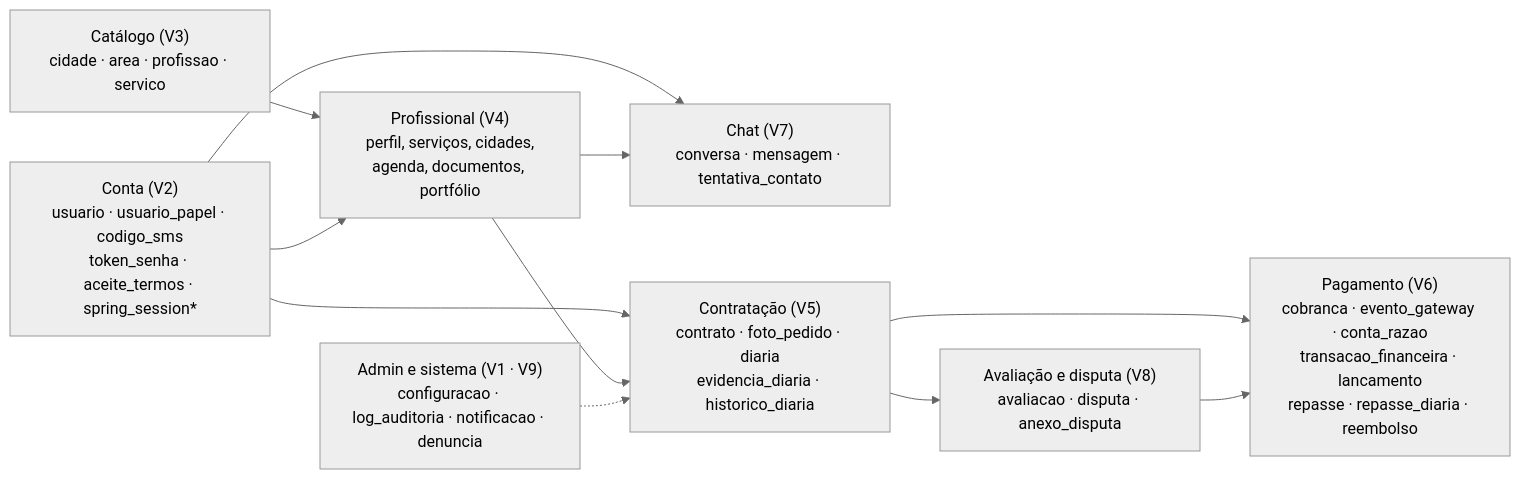
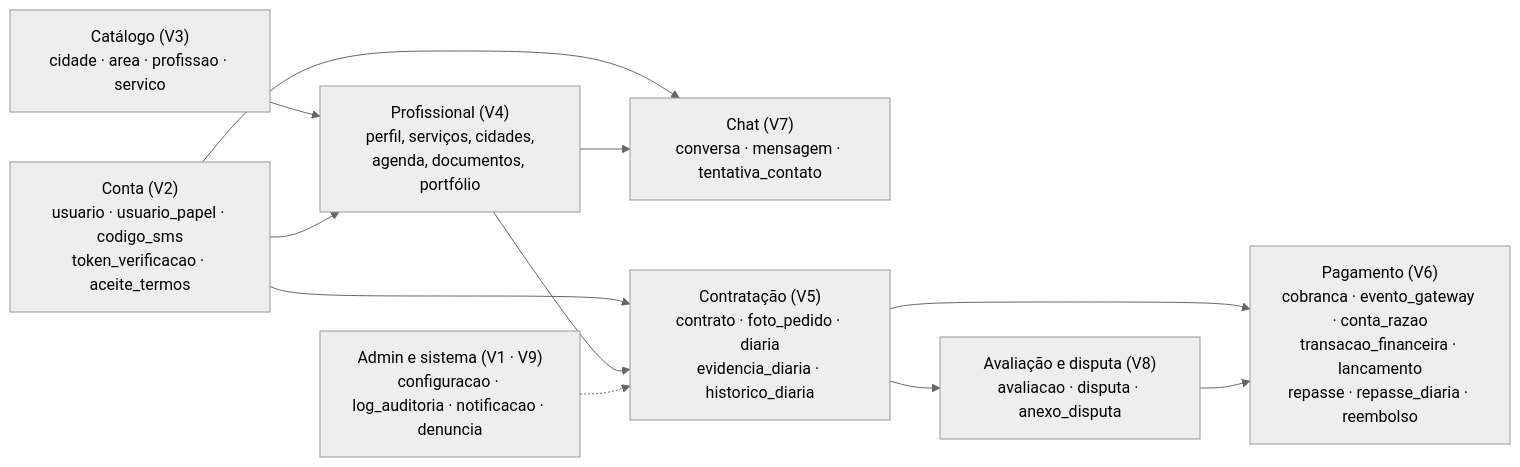
Before and after one commit to lucascoelholhc/coerservicos: the first of 2 diagrams in docs/mapa-banco.md, drawn with Mermaid (neutral theme). The commit also changed other lines of this file and 4 other files, not shown here.

````diff
--- a/docs/mapa-banco.md
+++ b/docs/mapa-banco.md
@@ -13,14 +13,14 @@
 ```mermaid
 flowchart LR
   CAT["Catálogo (V3)<br/>cidade · area · profissao · servico"] --> PRO
-  CON["Conta (V2)<br/>usuario · usuario_papel · codigo_sms<br/>token_senha · aceite_termos · spring_session*"] --> PRO
+  CON["Conta (V2)<br/>usuario · usuario_papel · codigo_sms<br/>token_verificacao · aceite_termos"] --> PRO
   CON --> CHAT
   CON --> CTR
   PRO["Profissional (V4)<br/>perfil, serviços, cidades,<br/>agenda, documentos, portfólio"] --> CTR
   PRO --> CHAT["Chat (V7)<br/>conversa · mensagem · tentativa_contato"]
   CTR["Contratação (V5)<br/>contrato · foto_pedido · diaria<br/>evidencia_diaria · historico_diaria"] --> PAG
   CTR --> POS["Avaliação e disputa (V8)<br/>avaliacao · disputa · anexo_disputa"]
   POS --> PAG
   PAG["Pagamento (V6)<br/>cobranca · evento_gateway · conta_razao<br/>transacao_financeira · lancamento<br/>repasse · repasse_diaria · reembolso"]
   ADM["Admin e sistema (V1 · V9)<br/>configuracao · log_auditoria · notificacao · denuncia"] -.-> CTR
 ```
````
